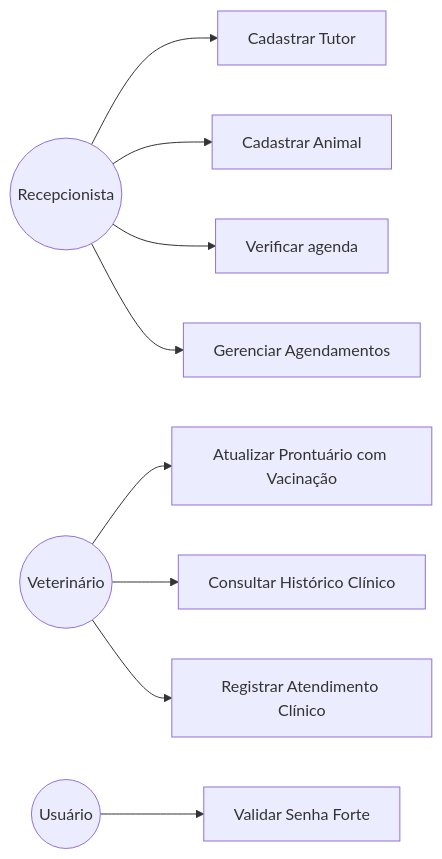
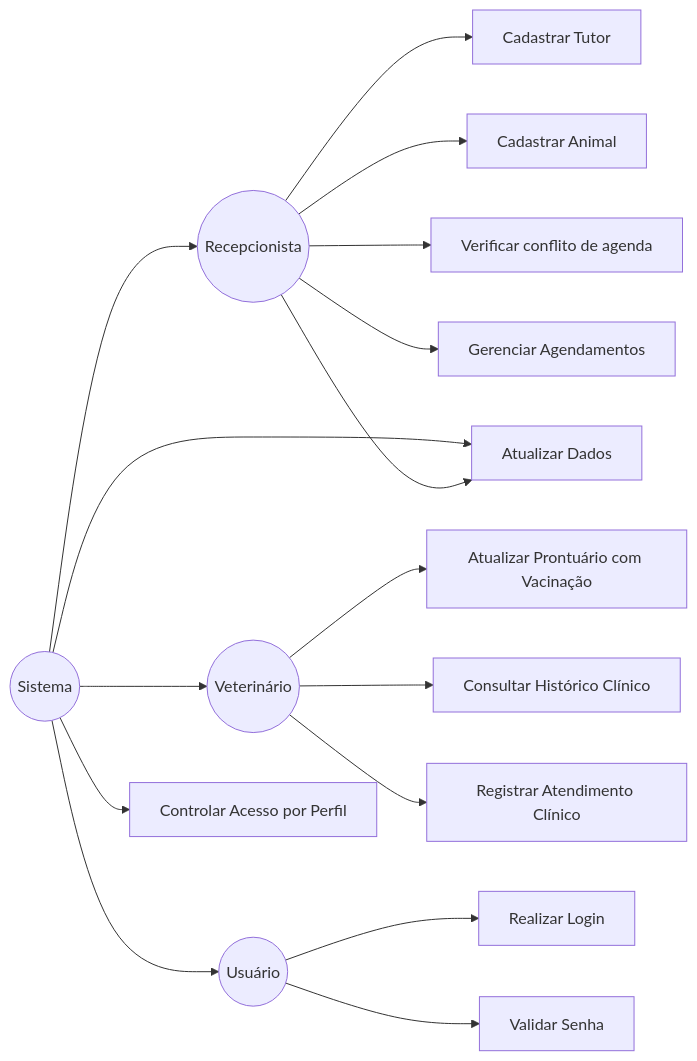
The first of 2 diagrams in docs/E3/diagramas_UML.md (Anabe-dev/clinica_veterinaria), drawn with Mermaid before and after one commit.

````diff
--- a/docs/E3/diagramas_UML.md
+++ b/docs/E3/diagramas_UML.md
@@ -5,15 +5,23 @@
 ```mermaid
 flowchart LR
   Ator1((Recepcionista))
   Ator2((Veterinário))
   Ator3((Usuário))
+  Ator4((Sistema))
   Ator1 --> UC1[Cadastrar Tutor]
   Ator1 --> UC1.1[Cadastrar Animal]
-  Ator1 --> UC1.2[Verificar agenda]
+  Ator1 --> UC1.2[Verificar conflito de agenda]
   Ator1 --> UC1.3[Gerenciar Agendamentos]
   Ator2 --> UC2[Atualizar Prontuário com Vacinação]
   Ator2 --> UC2.1[Consultar Histórico Clínico]
   Ator2 --> UC2.2[Registrar Atendimento Clínico]
-  Ator3 --> UC3[Validar Senha Forte]
+  Ator3 --> UC3[Realizar Login]
+  Ator3 --> UC3.1[Validar Senha]
+  Ator4((Sistema)) --> Ator1((Recepcionista))
+  Ator4((Sistema)) --> Ator2((Veterinário))
+  Ator4((Sistema)) --> Ator3((Usuário))
+  Ator4 --> UC4[Controlar Acesso por Perfil]
+  Ator4 --> UC4.1[Atualizar Dados]
+  Ator1 --> UC4.1[Atualizar Dados]
 
 ```
````
